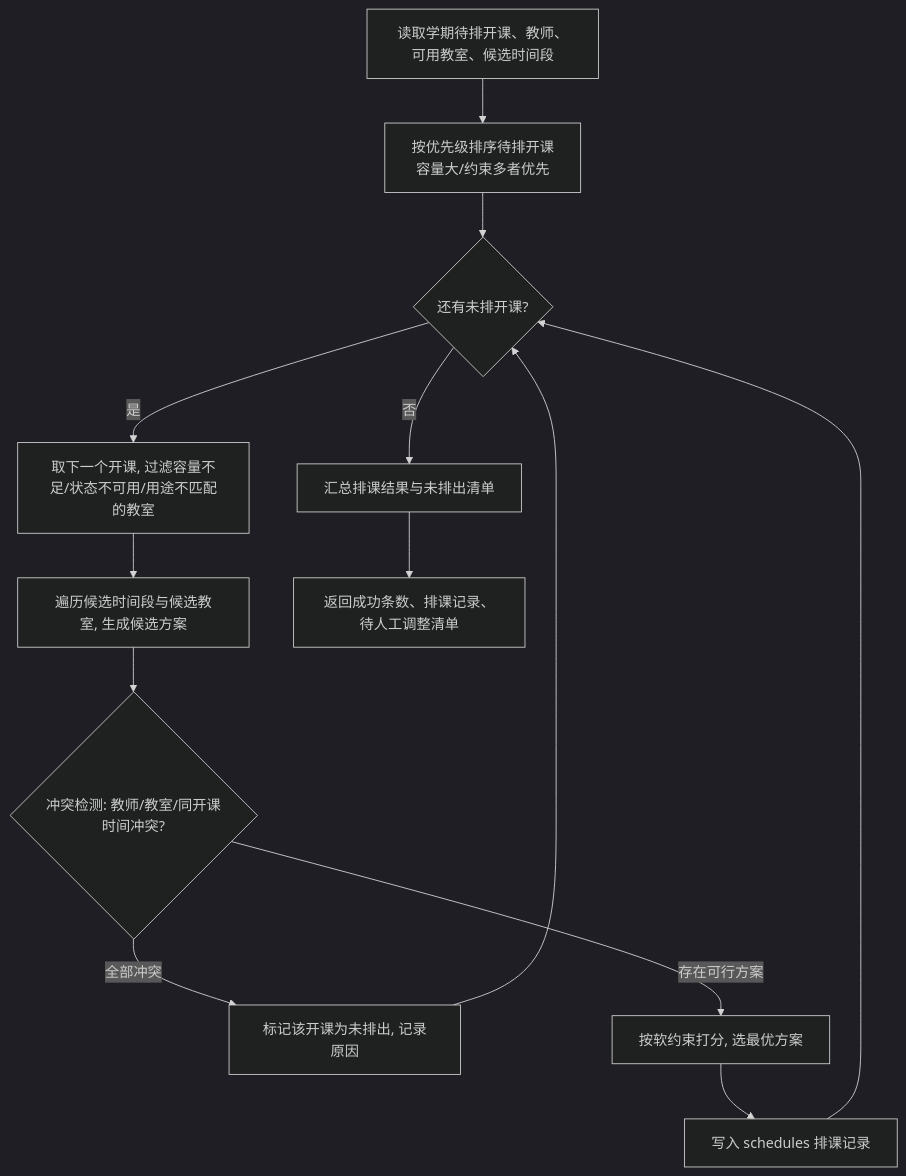
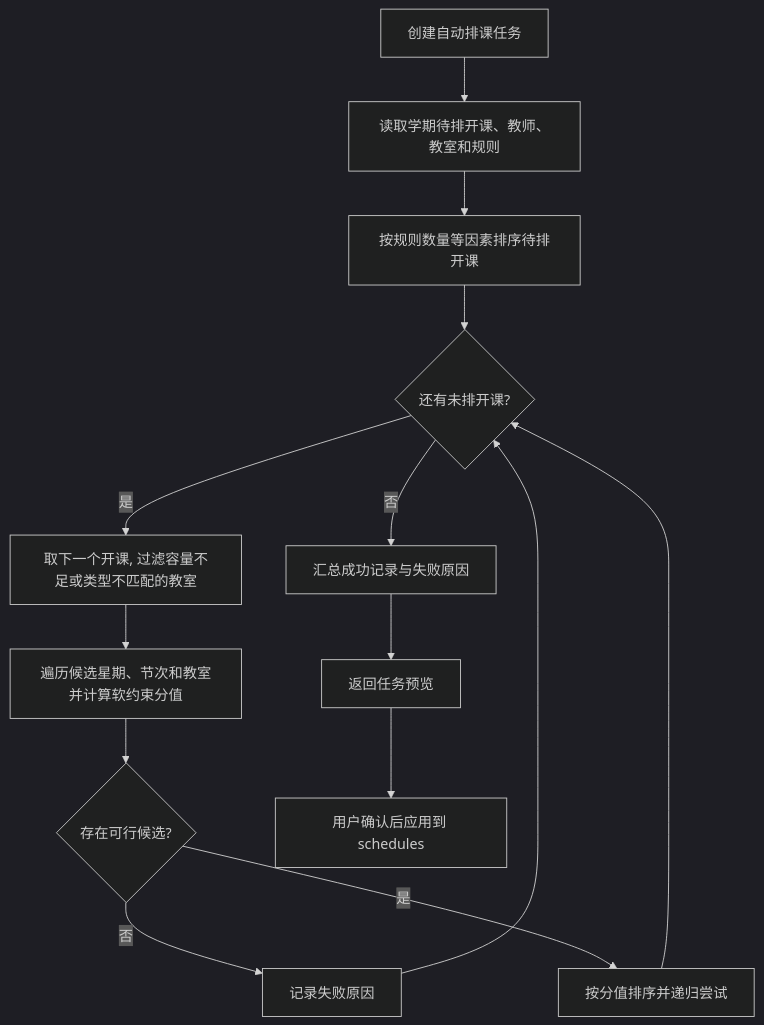
One commit to EmergentTwilight/Smart-Teaching-Service-System changed the seventh of 8 diagrams in docs/submission/4-design-report/design-report.md. Above: the diagram before and after it, drawn with Mermaid (dark theme). The commit also changed other lines of this file and 1 other file, not shown here.

````diff
--- a/docs/submission/4-design-report/design-report.md
+++ b/docs/submission/4-design-report/design-report.md
@@ -1194,15 +1135,16 @@
 ```mermaid
 flowchart TD
-    A[读取学期待排开课、教师、可用教室、候选时间段] --> B[按优先级排序待排开课<br/>容量大/约束多者优先]
-    B --> C{还有未排开课?}
-    C -->|否| H[汇总排课结果与未排出清单]
-    C -->|是| D[取下一个开课, 过滤容量不足/状态不可用/用途不匹配的教室]
-    D --> E[遍历候选时间段与候选教室, 生成候选方案]
-    E --> F{冲突检测: 教师/教室/同开课时间冲突?}
-    F -->|全部冲突| G[标记该开课为未排出, 记录原因]
-    F -->|存在可行方案| I[按软约束打分, 选最优方案]
-    I --> J[写入 schedules 排课记录]
-    G --> C
-    J --> C
-    H --> K[返回成功条数、排课记录、待人工调整清单]
+    A[创建自动排课任务] --> B[读取学期待排开课、教师、教室和规则]
+    B --> C[按规则数量等因素排序待排开课]
+    C --> D{还有未排开课?}
+    D -->|否| H[汇总成功记录与失败原因]
+    D -->|是| E[取下一个开课, 过滤容量不足或类型不匹配的教室]
+    E --> F[遍历候选星期、节次和教室并计算软约束分值]
+    F --> G{存在可行候选?}
+    G -->|否| I[记录失败原因]
+    G -->|是| J[按分值排序并递归尝试]
+    I --> D
+    J --> D
+    H --> K[返回任务预览]
+    K --> L[用户确认后应用到 schedules]
 ```
````
